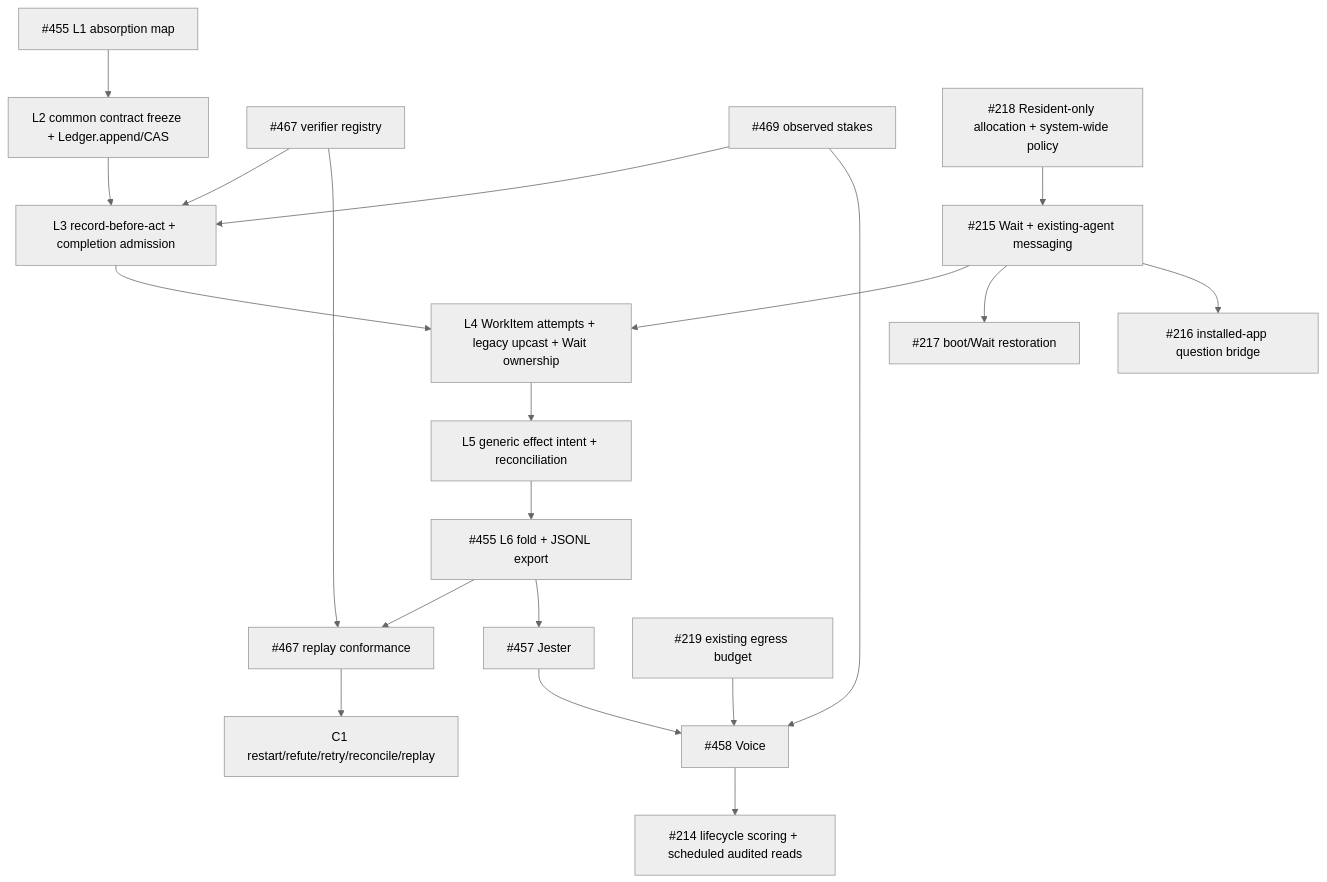
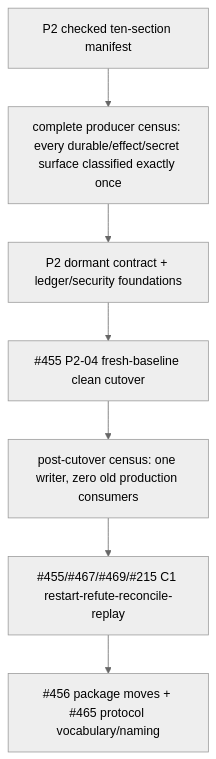
One commit to INONONO66/openomni changed the diagram in docs/architecture.md. Above: the diagram before and after it, drawn with Mermaid (neutral theme). The commit also changed other lines of this file and 525 other files, not shown here.

Commit message:
feat: cut over to the P2 clean ledger (#455)

````diff
--- a/docs/architecture.md
+++ b/docs/architecture.md
@@ -93,22 +76,9 @@
 ```mermaid
 flowchart TD
-  L1["#455 L1 absorption map"] --> L2["L2 common contract freeze + Ledger.append/CAS"]
-  L2 --> L3["L3 record-before-act + completion admission"]
-  L3 --> L4["L4 WorkItem attempts + legacy upcast + Wait ownership"]
-  L4 --> L5["L5 generic effect intent + reconciliation"]
-  L5 --> L6["#455 L6 fold + JSONL export"]
-  L6 --> R467["#467 replay conformance"]
-  R467 --> C1["C1 restart/refute/retry/reconcile/replay"]
-  V467["#467 verifier registry"] --> L3
-  V467 --> R467
-  I469["#469 observed stakes"] --> L3
-  I215["#215 Wait + existing-agent messaging"] --> L4
-  I215 --> B217["#217 boot/Wait restoration"]
-  I215 --> A216["#216 installed-app question bridge"]
-  L6 --> J457["#457 Jester"]
-  J457 --> V458["#458 Voice"]
-  I469 --> V458
-  N219["#219 existing egress budget"] --> V458
-  V458 --> G214["#214 lifecycle scoring + scheduled audited reads"]
-  R218["#218 Resident-only allocation + system-wide policy"] --> I215
+  M["P2 checked ten-section manifest"] --> Z["complete producer census: every durable/effect/secret surface classified exactly once"]
+  Z --> F["P2 dormant contract + ledger/security foundations"]
+  F --> K["#455 P2-04 fresh-baseline clean cutover"]
+  K --> Z2["post-cutover census: one writer, zero old production consumers"]
+  Z2 --> C1["#455/#467/#469/#215 C1 restart-refute-reconcile-replay"]
+  C1 --> P3["#456 package moves + #465 protocol vocabulary/naming"]
 ```
````
